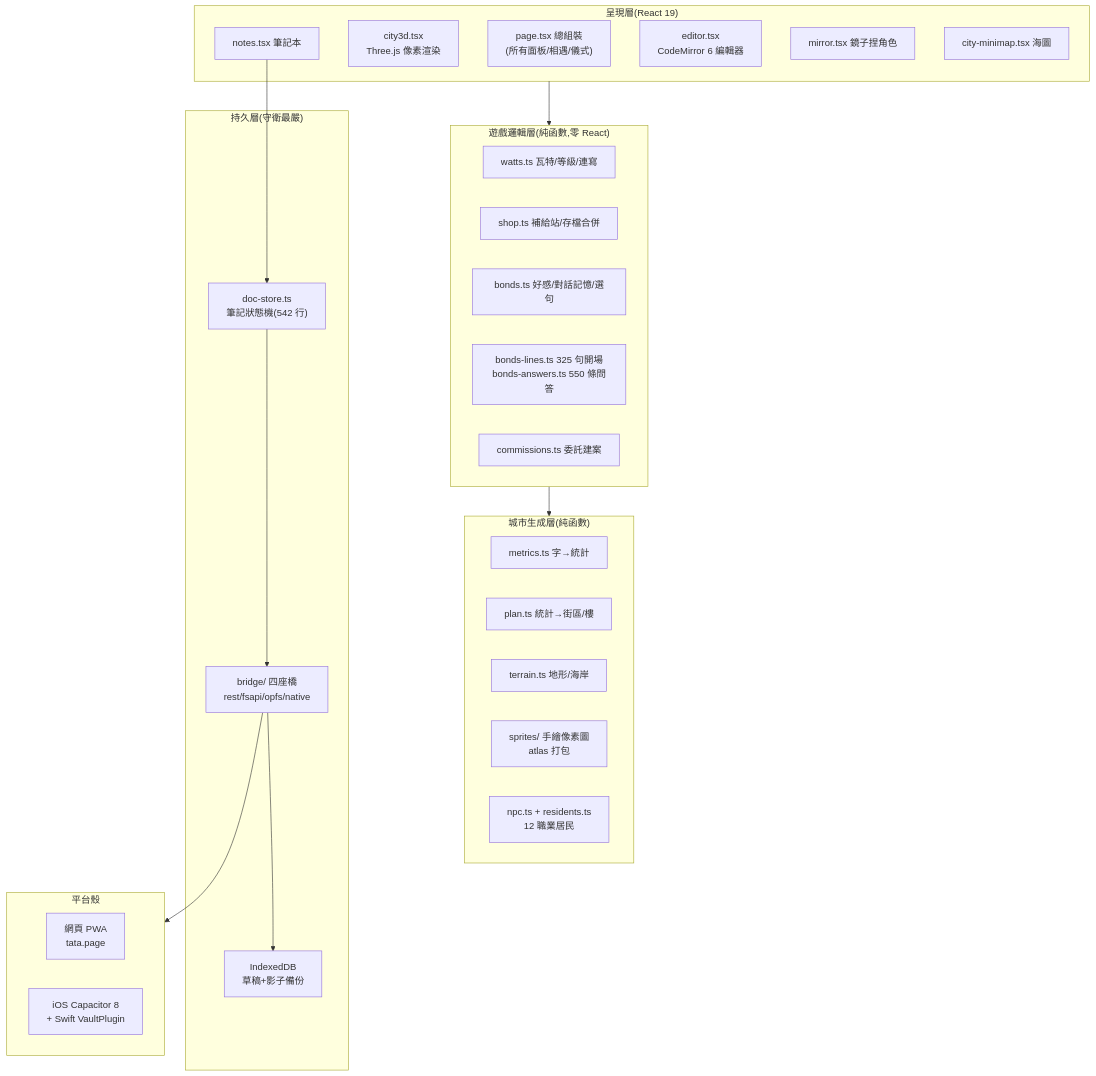
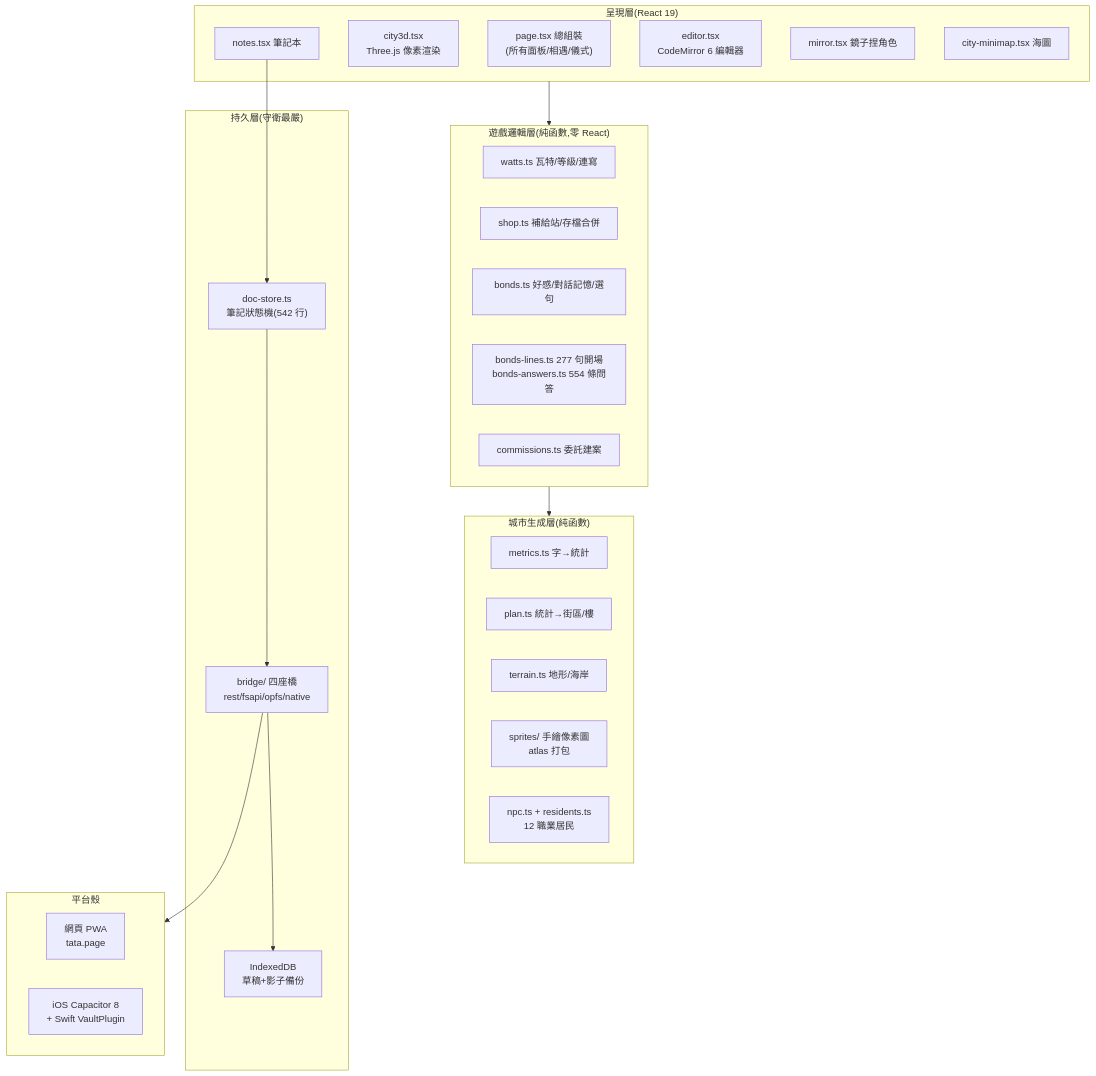
The second of 6 diagrams in docs/施工架構圖.md (Benson-LU77/tata), drawn with Mermaid before and after one commit. The commit also changed 7 other files, not shown here.

````diff
--- a/docs/施工架構圖.md
+++ b/docs/施工架構圖.md
@@ -22,37 +22,37 @@
 ```mermaid
 flowchart TB
     subgraph 呈現層["呈現層(React 19)"]
         page["page.tsx 總組裝<br/>(所有面板/相遇/儀式)"]
         city3d["city3d.tsx<br/>Three.js 像素渲染"]
         notes["notes.tsx 筆記本"]
         editor["editor.tsx<br/>CodeMirror 6 編輯器"]
         mirror["mirror.tsx 鏡子捏角色"]
         minimap["city-minimap.tsx 海圖"]
     end
     subgraph 遊戲層["遊戲邏輯層(純函數,零 React)"]
         watts["watts.ts 瓦特/等級/連寫"]
         shop["shop.ts 補給站/存檔合併"]
         bonds["bonds.ts 好感/對話記憶/選句"]
-        lines["bonds-lines.ts 325 句開場<br/>bonds-answers.ts 550 條問答"]
+        lines["bonds-lines.ts 277 句開場<br/>bonds-answers.ts 554 條問答"]
         comm["commissions.ts 委託建案"]
     end
     subgraph 城市層["城市生成層(純函數)"]
         metrics["metrics.ts 字→統計"]
         plan["plan.ts 統計→街區/樓"]
         terrain["terrain.ts 地形/海岸"]
         sprites["sprites/ 手繪像素圖<br/>atlas 打包"]
         npc["npc.ts + residents.ts<br/>12 職業居民"]
     end
     subgraph 持久層["持久層(守衛最嚴)"]
         docstore["doc-store.ts<br/>筆記狀態機(542 行)"]
         bridge["bridge/ 四座橋<br/>rest/fsapi/opfs/native"]
         drafts["IndexedDB<br/>草稿+影子備份"]
     end
     subgraph 殼層["平台殼"]
         web["網頁 PWA<br/>tata.page"]
         ios["iOS Capacitor 8<br/>+ Swift VaultPlugin"]
     end
     呈現層 --> 遊戲層 --> 城市層
     notes --> docstore --> bridge --> drafts
     bridge --> 殼層
 ```
````
